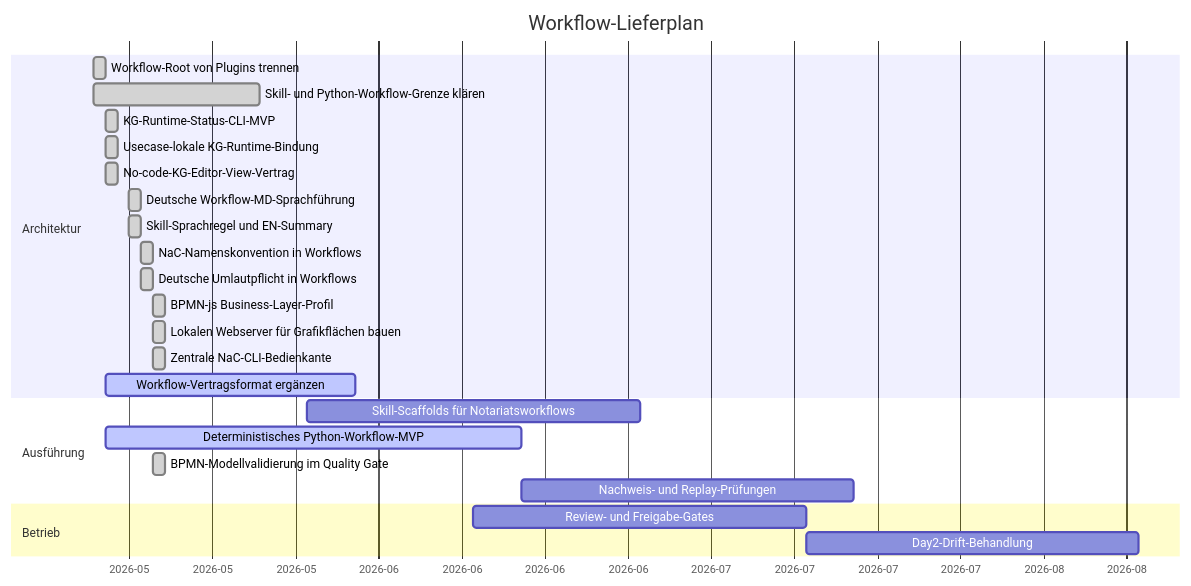
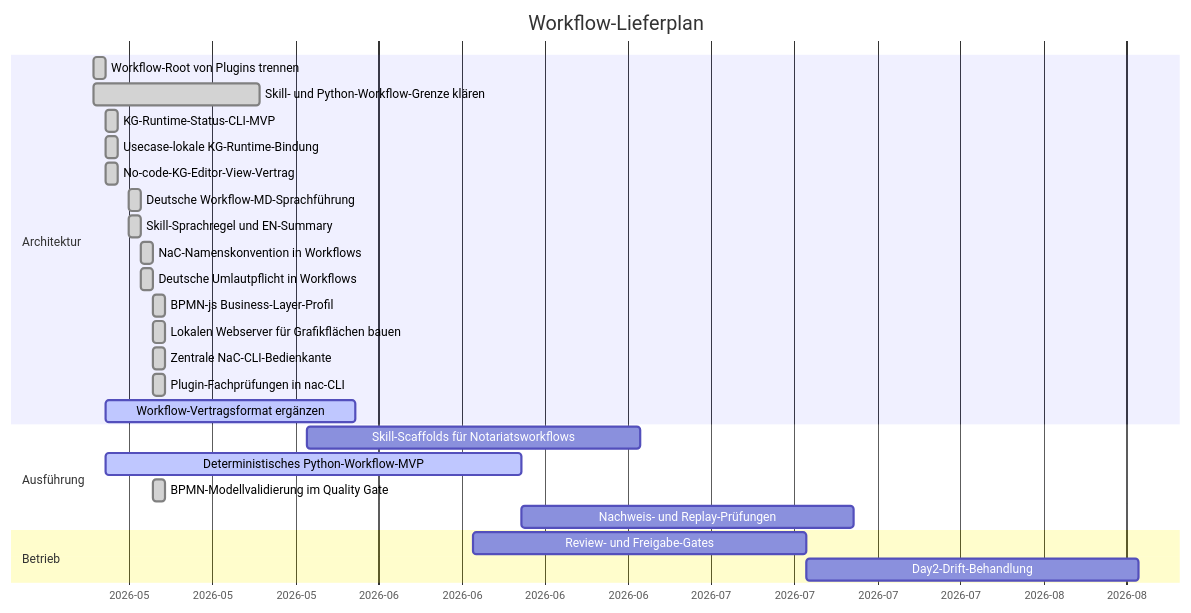
One commit to notariat8/NaC changed the diagram in workflows/GANTT.md. Above: the diagram before and after it, drawn with Mermaid. The commit also changed other lines of this file and 11 other files, not shown here.

Commit message:
Expose plugin checks through NaC CLI

````diff
--- a/workflows/GANTT.md
+++ b/workflows/GANTT.md
@@ -5,31 +5,32 @@
 ```mermaid
 gantt
     title Workflow-Lieferplan
     dateFormat  YYYY-MM-DD
     axisFormat  %Y-%m
 
     section Architektur
     Workflow-Root von Plugins trennen          :done,   w1, 2026-05-14, 1d
     Skill- und Python-Workflow-Grenze klären  :done,   w2, 2026-05-14, 14d
     KG-Runtime-Status-CLI-MVP                  :done,   w3, 2026-05-15, 1d
     Usecase-lokale KG-Runtime-Bindung          :done,   w3a, 2026-05-15, 1d
     No-code-KG-Editor-View-Vertrag             :done,   w4a, 2026-05-15, 1d
     Deutsche Workflow-MD-Sprachführung        :done,   w4b, 2026-05-17, 1d
     Skill-Sprachregel und EN-Summary            :done,   w4c, 2026-05-17, 1d
     NaC-Namenskonvention in Workflows           :done,   w4d, 2026-05-18, 1d
     Deutsche Umlautpflicht in Workflows         :done,   w4e, 2026-05-18, 1d
     BPMN-js Business-Layer-Profil               :done,   w4f, 2026-05-19, 1d
     Lokalen Webserver für Grafikflächen bauen  :done,   w4g, 2026-05-19, 1d
     Zentrale NaC-CLI-Bedienkante                :done,   w4h, 2026-05-19, 1d
+    Plugin-Fachprüfungen in nac-CLI             :done,   w4i, 2026-05-19, 1d
     Workflow-Vertragsformat ergänzen          :active, w4, 2026-05-15, 21d
 
     section Ausführung
     Skill-Scaffolds für Notariatsworkflows    :        w5, 2026-06-01, 28d
     Deterministisches Python-Workflow-MVP      :active, w6, 2026-05-15, 35d
     BPMN-Modellvalidierung im Quality Gate      :done,   w6a, 2026-05-19, 1d
     Nachweis- und Replay-Prüfungen            :        w7, after w6, 28d
 
     section Betrieb
     Review- und Freigabe-Gates                 :        w8, 2026-06-15, 28d
     Day2-Drift-Behandlung                      :        w9, after w8, 28d
 ```
````
